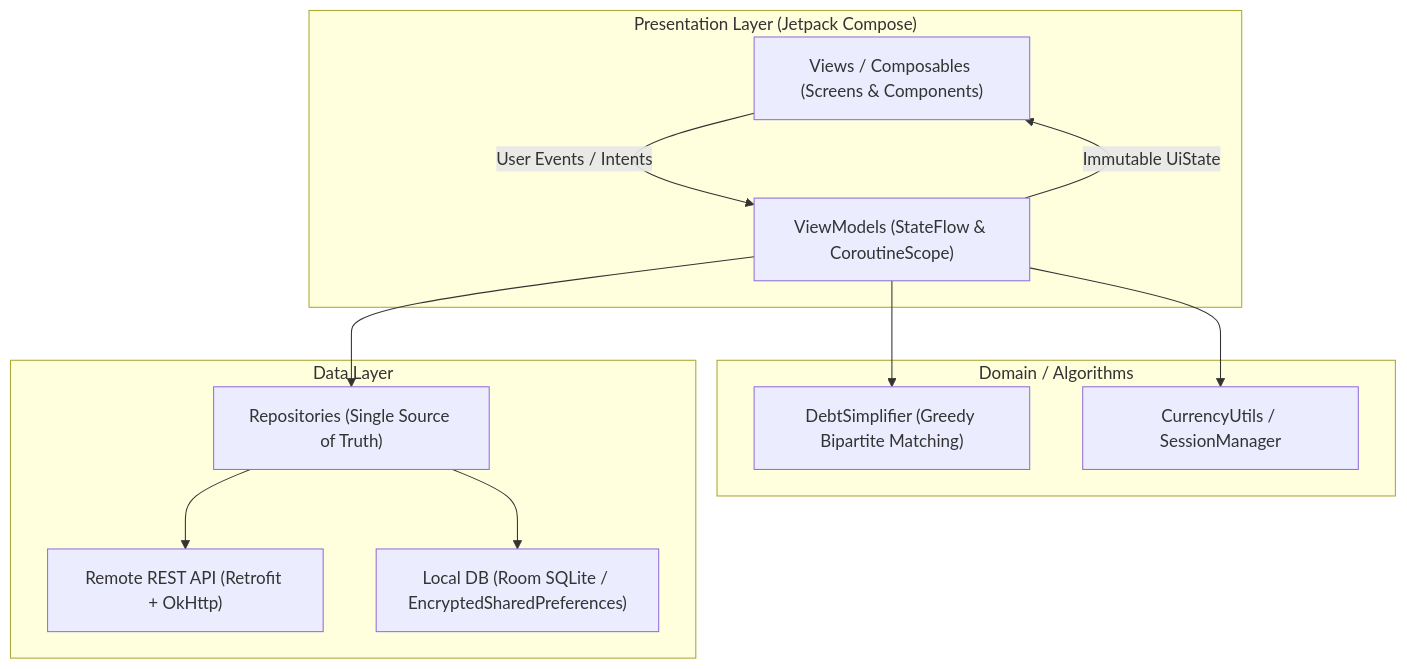
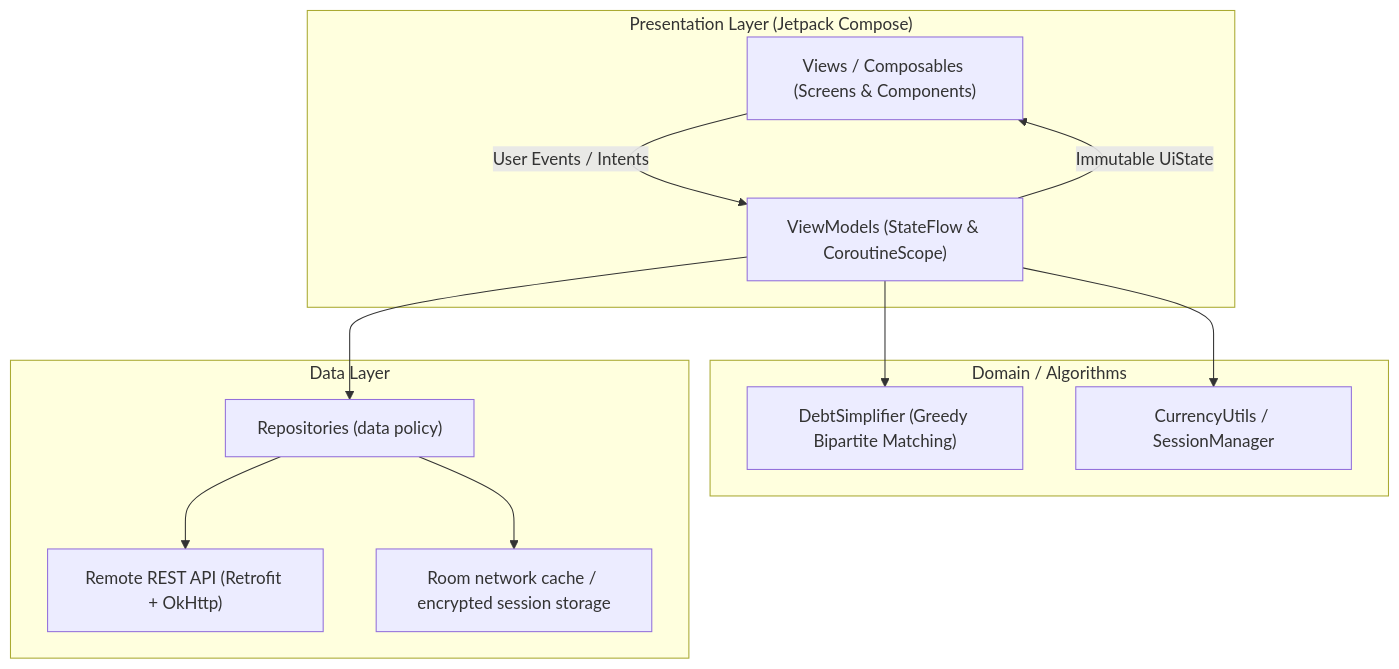
One commit to Xuananhdeptrai2109/Mobile-app changed the first of 2 diagrams in docs/architecture.md. Above: the diagram before and after it, drawn with Mermaid. The commit also changed other lines of this file and 110 other files, not shown here.

````diff
--- a/docs/architecture.md
+++ b/docs/architecture.md
@@ -11,26 +11,26 @@
 ```mermaid
 graph TD
     subgraph Presentation ["Presentation Layer (Jetpack Compose)"]
         UI["Views / Composables (Screens & Components)"]
         VM["ViewModels (StateFlow & CoroutineScope)"]
         UI -->|User Events / Intents| VM
         VM -->|Immutable UiState| UI
     end
 
     subgraph Domain ["Domain / Algorithms"]
         ALGO["DebtSimplifier (Greedy Bipartite Matching)"]
         UTIL["CurrencyUtils / SessionManager"]
         VM --> ALGO
         VM --> UTIL
     end
 
     subgraph Data ["Data Layer"]
-        REPO["Repositories (Single Source of Truth)"]
+        REPO["Repositories (data policy)"]
         REMOTE["Remote REST API (Retrofit + OkHttp)"]
-        LOCAL["Local DB (Room SQLite / EncryptedSharedPreferences)"]
+        LOCAL["Room network cache / encrypted session storage"]
         REPO --> REMOTE
         REPO --> LOCAL
     end
 
     VM --> REPO
 ```
````
